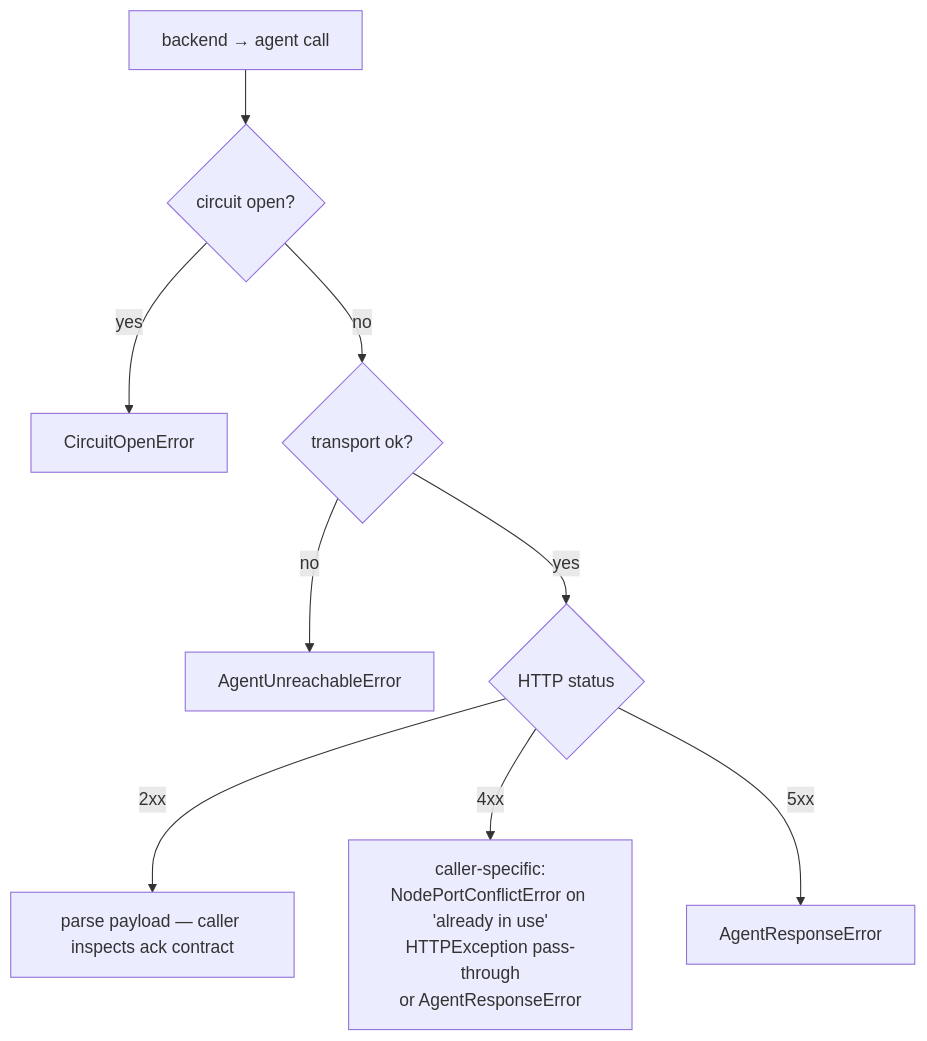
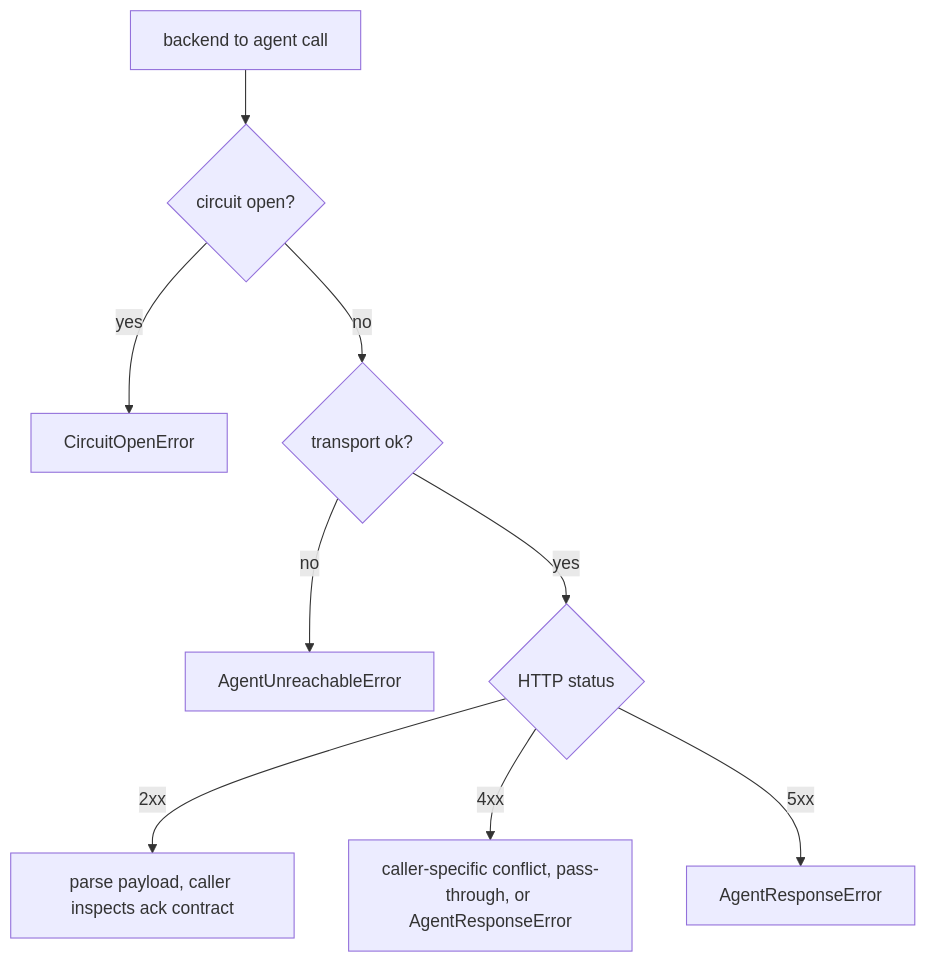
One commit to quidow/gridfleet changed the second of 3 diagrams in docs/design/04-backend-agent-contract.md. Above: the diagram before and after it, drawn with Mermaid. The commit also changed other lines of this file and 5 other files, not shown here.

Commit message:
docs(docs): fix design mermaid diagrams

````diff
--- a/docs/design/04-backend-agent-contract.md
+++ b/docs/design/04-backend-agent-contract.md
@@ -108,11 +109,11 @@
 ```mermaid
 flowchart TD
-    call[backend → agent call] --> q1{circuit open?}
-    q1 -- yes --> r1[CircuitOpenError]
-    q1 -- no --> q2{transport ok?}
-    q2 -- no --> r2[AgentUnreachableError]
-    q2 -- yes --> q3{HTTP status}
-    q3 -- 2xx --> ok[parse payload — caller inspects ack contract]
-    q3 -- 4xx --> r4[caller-specific:<br/>NodePortConflictError on 'already in use'<br/>HTTPException pass-through<br/>or AgentResponseError]
-    q3 -- 5xx --> r5[AgentResponseError]
+    call["backend to agent call"] --> q1{"circuit open?"}
+    q1 -- yes --> r1["CircuitOpenError"]
+    q1 -- no --> q2{"transport ok?"}
+    q2 -- no --> r2["AgentUnreachableError"]
+    q2 -- yes --> q3{"HTTP status"}
+    q3 -- 2xx --> ok["parse payload, caller inspects ack contract"]
+    q3 -- 4xx --> r4["caller-specific conflict, pass-through, or AgentResponseError"]
+    q3 -- 5xx --> r5["AgentResponseError"]
 ```
````
